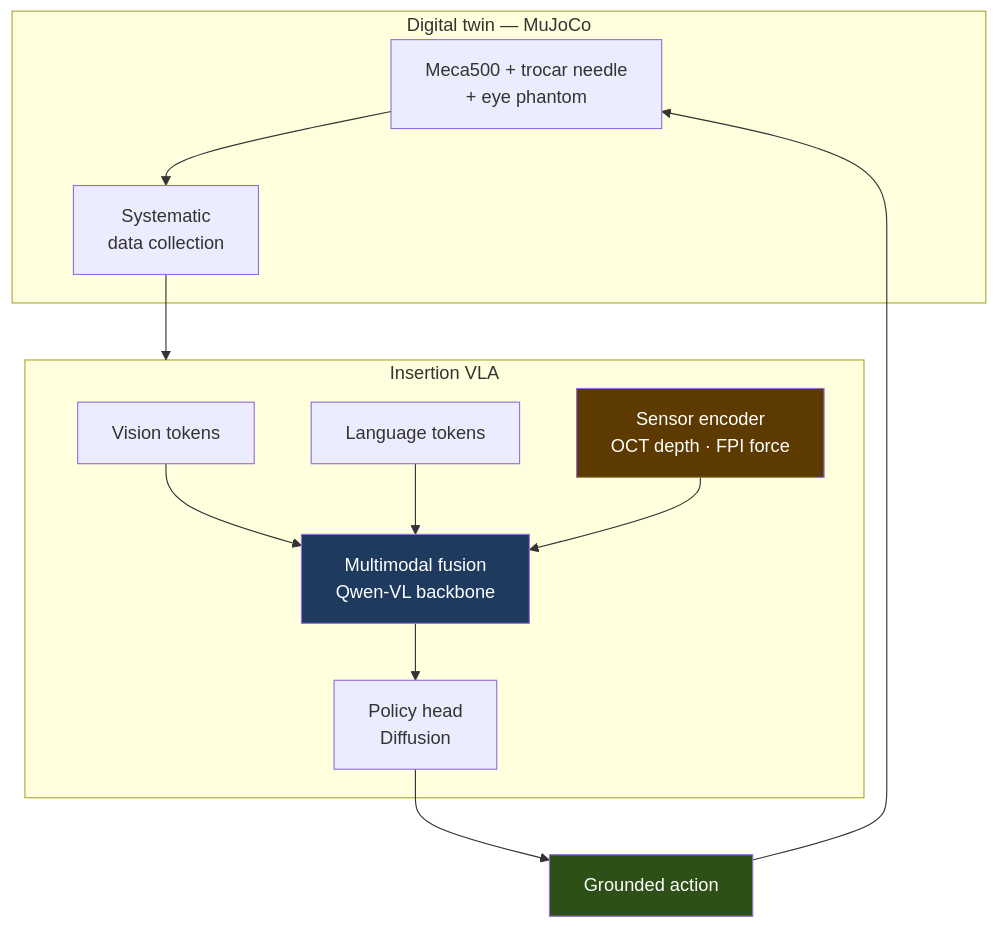
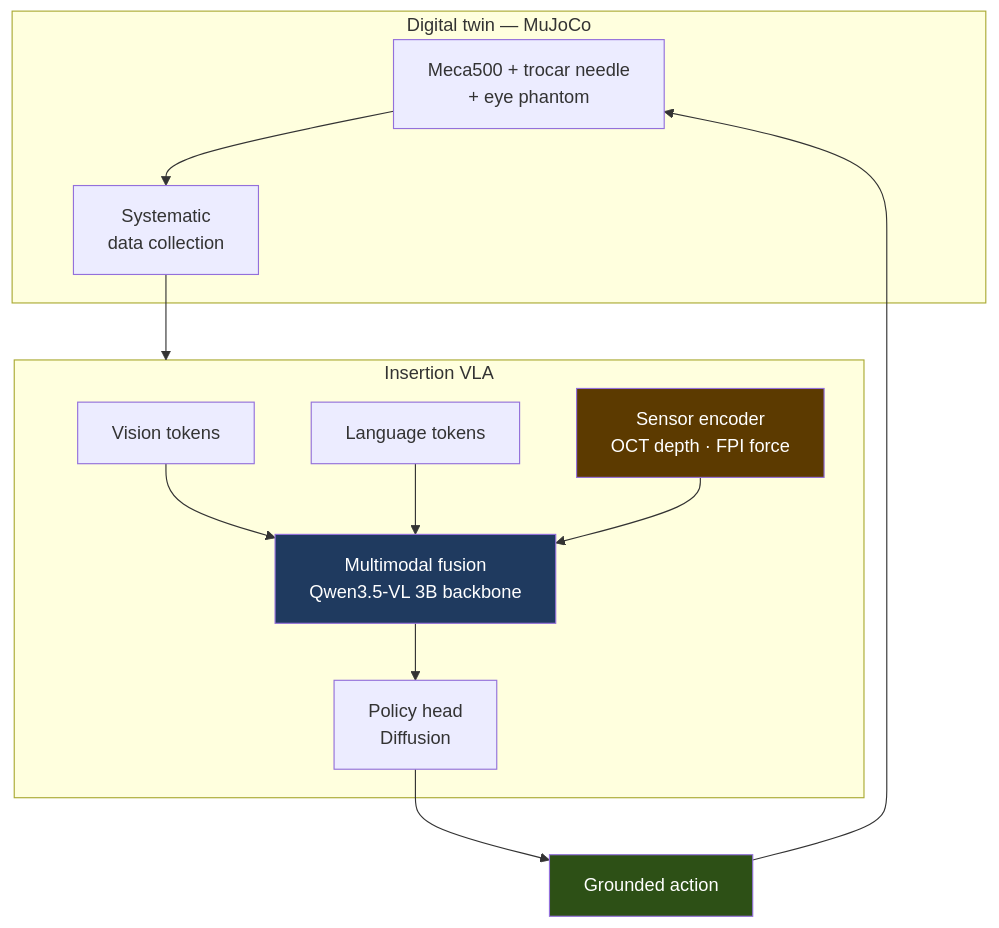
One commit to Najongs/Najongs changed the second of 6 diagrams in PORTFOLIO.md. Above: the diagram before and after it, drawn with Mermaid. The commit also changed other lines of this file and 2 other files, not shown here.

First line of the commit message:
Qwen 백본 버전 확정 — Qwen3.5-VL (3B)

````diff
--- a/PORTFOLIO.md
+++ b/PORTFOLIO.md
@@ -64,22 +64,22 @@
 ```mermaid
 flowchart TD
     subgraph DT["Digital twin — MuJoCo"]
         SIM["Meca500 + trocar needle<br/>+ eye phantom"]
         SIM --> DATA["Systematic<br/>data collection"]
     end
 
     subgraph M["Insertion VLA"]
         IMG["Vision tokens"] --> FUSE
         TXT["Language tokens"] --> FUSE
         SENS["Sensor encoder<br/>OCT depth · FPI force"] --> FUSE
-        FUSE["Multimodal fusion<br/>Qwen-VL backbone"] --> POL["Policy head<br/>Diffusion"]
+        FUSE["Multimodal fusion<br/>Qwen3.5-VL 3B backbone"] --> POL["Policy head<br/>Diffusion"]
     end
 
     DATA --> M
     POL --> ACT["Grounded action"]
     ACT --> SIM
 
     style FUSE fill:#1f3a5f,color:#fff
     style SENS fill:#5c3a00,color:#fff
     style ACT fill:#2d5016,color:#fff
 ```
````
